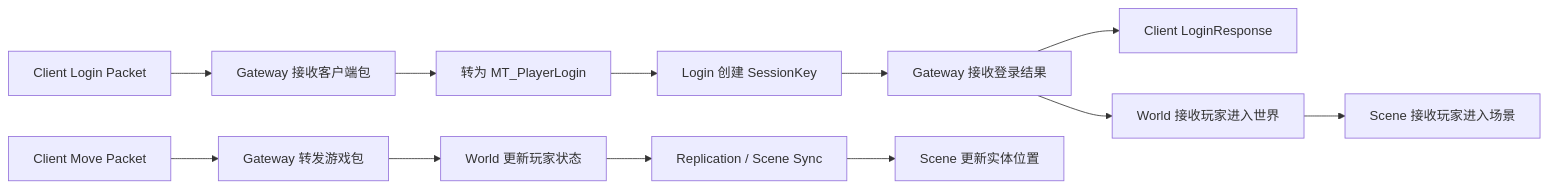
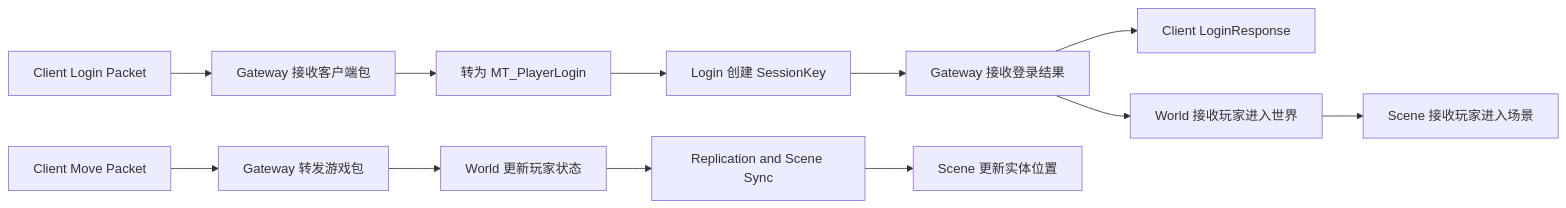
Before and after one commit to lz1287209575/Mession: the fourth of 7 diagrams in README.md, drawn with Mermaid. The commit also changed other lines of this file, not shown here.

First line of the commit message:
Fix Mermaid compatibility in README diagrams.

````diff
--- a/README.md
+++ b/README.md
@@ -148,15 +148,15 @@
 ```mermaid
 flowchart LR
     CLogin[Client Login Packet] --> G1[Gateway 接收客户端包]
     G1 --> G2[转为 MT_PlayerLogin]
     G2 --> L1[Login 创建 SessionKey]
     L1 --> G3[Gateway 接收登录结果]
     G3 --> CResp[Client LoginResponse]
     G3 --> W1[World 接收玩家进入世界]
     W1 --> S1[Scene 接收玩家进入场景]
 
     CMove[Client Move Packet] --> G4[Gateway 转发游戏包]
     G4 --> W2[World 更新玩家状态]
-    W2 --> W3[Replication / Scene Sync]
+    W2 --> W3[Replication and Scene Sync]
     W3 --> S2[Scene 更新实体位置]
 ```
````
